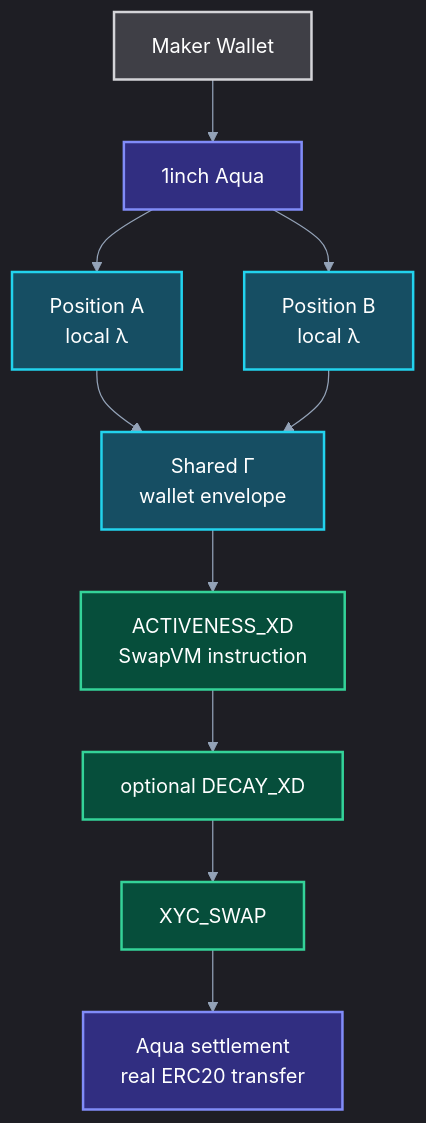
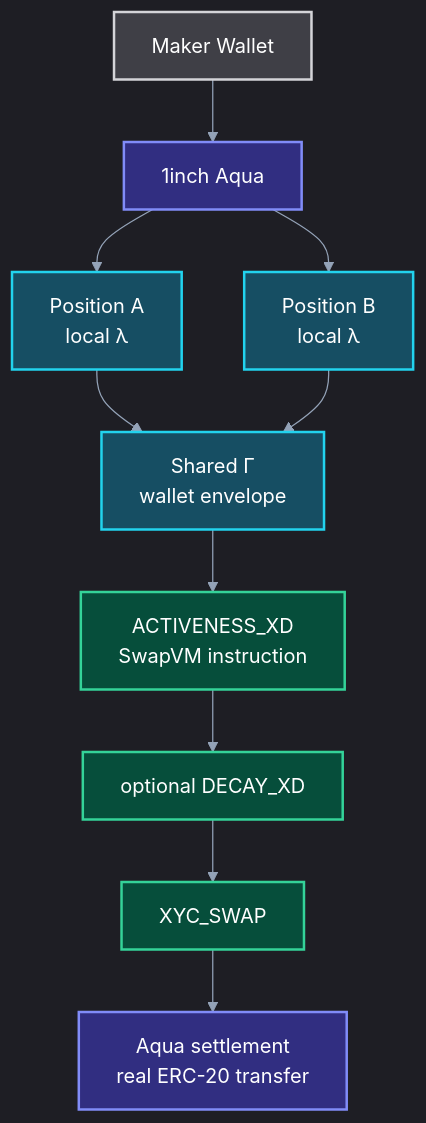
One commit to angelphoon7/online2026 changed the diagram in README.md. Above: the diagram before and after it, drawn with Mermaid. The commit also changed other lines of this file and 17 other files, not shown here.

````diff
--- a/README.md
+++ b/README.md
@@ -53,18 +40,18 @@
 ```mermaid
 %%{init: {"theme":"dark","themeVariables":{"background":"#0b0f14","primaryColor":"#1f2937","primaryTextColor":"#f8fafc","primaryBorderColor":"#64748b","lineColor":"#94a3b8","fontFamily":"Inter, ui-sans-serif, system-ui, sans-serif"}}}%%
 flowchart TB
     Maker[Maker Wallet]:::user --> Aqua[1inch Aqua]:::sponsor
     Aqua --> A[Position A<br/>local λ]:::core
     Aqua --> B[Position B<br/>local λ]:::core
     A --> G[Shared Γ<br/>wallet envelope]:::core
     B --> G
     G --> Act[ACTIVENESS_XD<br/>SwapVM instruction]:::swapvm
     Act --> Decay[optional DECAY_XD]:::swapvm
     Decay --> XYC[XYC_SWAP]:::swapvm
-    XYC --> Settle[Aqua settlement<br/>real ERC20 transfer]:::sponsor
+    XYC --> Settle[Aqua settlement<br/>real ERC-20 transfer]:::sponsor
 
     classDef sponsor fill:#312e81,stroke:#818cf8,color:#fff,stroke-width:2px;
     classDef swapvm fill:#064e3b,stroke:#34d399,color:#fff,stroke-width:2px;
     classDef core fill:#164e63,stroke:#22d3ee,color:#fff,stroke-width:2px;
     classDef user fill:#3f3f46,stroke:#d4d4d8,color:#fff,stroke-width:2px;
 ```
````
